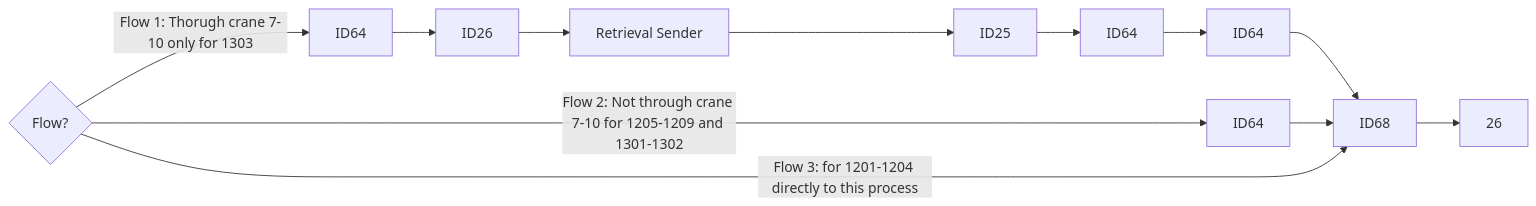
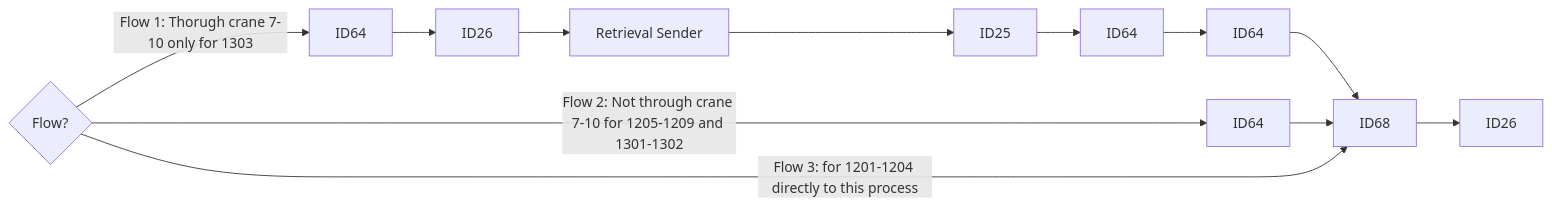
Before and after one commit to luthfiadityaa/SimeDarby-Wiki: the third of 15 diagrams in Basic-Design/DFD-WMS/Retrieval/Specific-Location-Retrieval-Setting.md, drawn with Mermaid.

Commit message:
Updated Specific Location Retrieval Setting

```diff
--- a/Basic-Design/DFD-WMS/Retrieval/Specific-Location-Retrieval-Setting.md
+++ b/Basic-Design/DFD-WMS/Retrieval/Specific-Location-Retrieval-Setting.md
@@ -18,9 +18,9 @@
 ::: mermaid
 flowchart LR
 
 Cond1{Flow?} 
 
 Cond1{Flow?}--> |Flow 1: Thorugh crane 7-10 only for 1303| P5[ID64]-->P8[ID26]-->P9[Retrieval Sender]-->P10[ID25]-->P11[ID64]-->P12[ID64]-->P7[ID68]
 Cond1{Flow?}--> |Flow 2: Not through crane 7-10 for 1205-1209 and 1301-1302| P6[ID64]-->P7[ID68]
-Cond1{Flow?}--> |Flow 3: for 1201-1204 directly to this process| P7[ID68]-->P13[26]
+Cond1{Flow?}--> |Flow 3: for 1201-1204 directly to this process| P7[ID68]-->P13[ID26]
 :::
```
